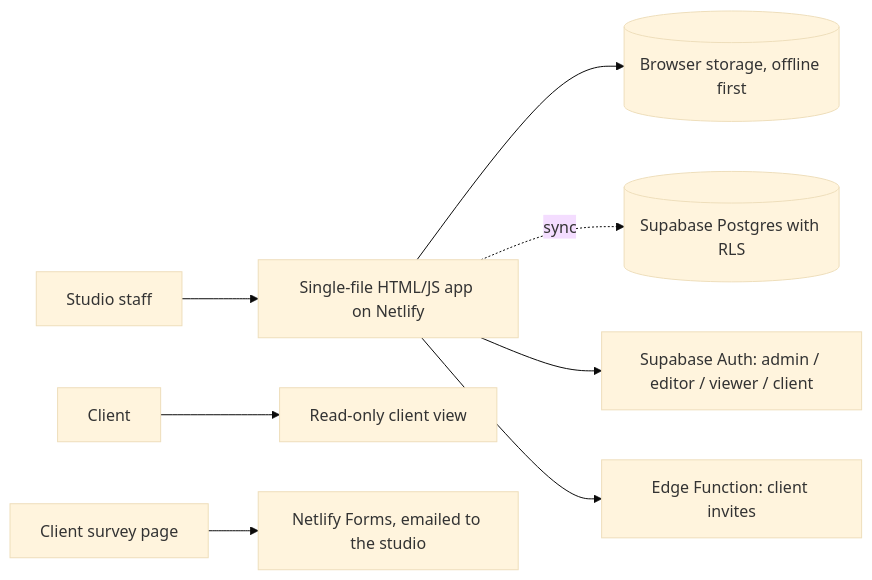
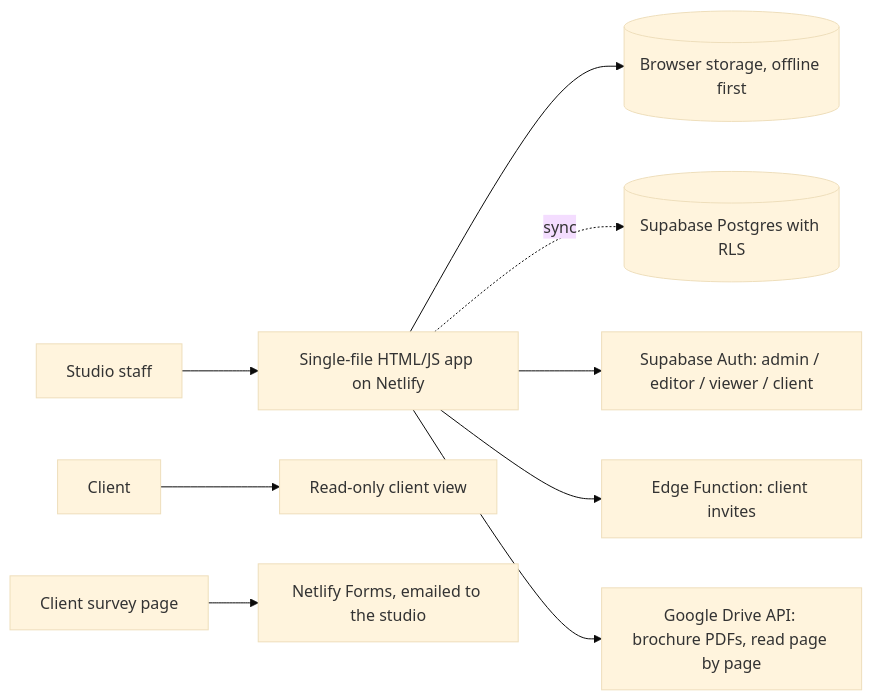
The diagram in projects/studio-planner/README.md (prafull4488/build-logs), drawn with Mermaid (base theme) before and after one commit. The commit also changed other lines of this file and 5 other files, not shown here.

````diff
--- a/projects/studio-planner/README.md
+++ b/projects/studio-planner/README.md
@@ -20,10 +20,11 @@
 ```mermaid
 flowchart LR
   U[Studio staff] --> APP[Single-file HTML/JS app on Netlify]
   C[Client] --> CV[Read-only client view]
   APP --> LS[(Browser storage, offline first)]
   APP -. sync .-> SB[(Supabase Postgres with RLS)]
   APP --> AUTH[Supabase Auth: admin / editor / viewer / client]
   APP --> EF[Edge Function: client invites]
   S[Client survey page] --> NF[Netlify Forms, emailed to the studio]
+  APP --> GD[Google Drive API: brochure PDFs, read page by page]
 ```
````
